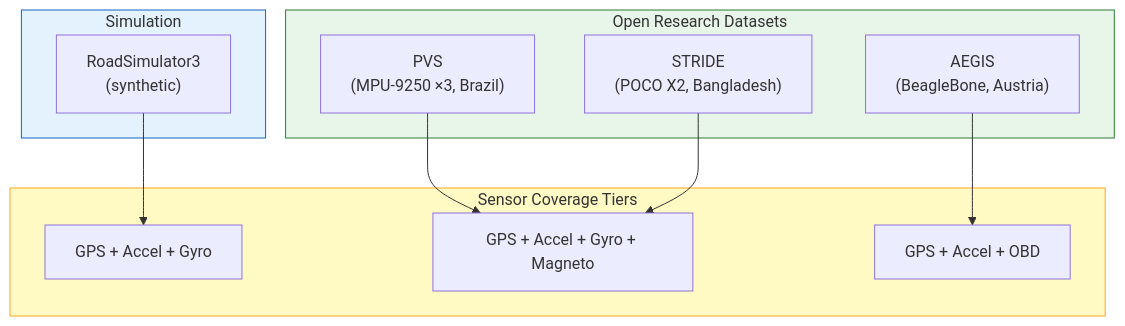
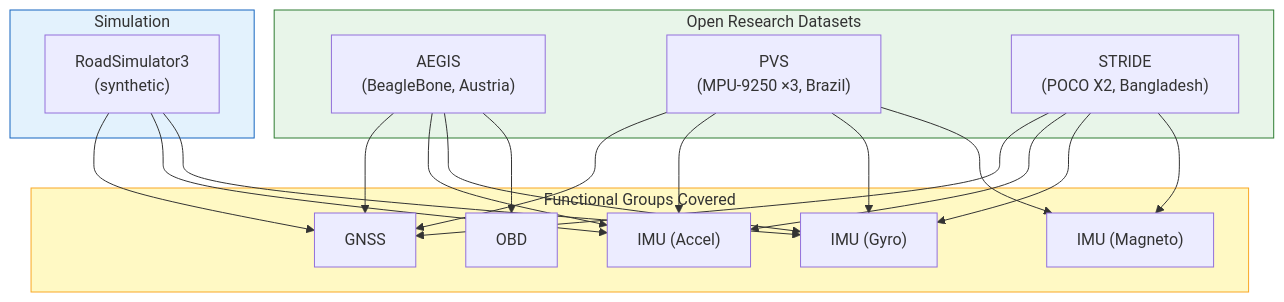
One commit to telemachus3/telemachus changed the eighth of 8 diagrams in spec/SPEC-01-record-format.md. Above: the diagram before and after it, drawn with Mermaid. The commit also changed other lines of this file, not shown here.

Commit message:
SPEC-01: 7 functional groups (GNSS, IMU, OBD, CAN future, I/O, Extra), device_id/trip_id recommended

````diff
--- a/spec/SPEC-01-record-format.md
+++ b/spec/SPEC-01-record-format.md
@@ -350,27 +444,29 @@
 ```mermaid
 graph TD
     subgraph RESEARCH["Open Research Datasets"]
         AEGIS["AEGIS\n(BeagleBone, Austria)"]
         PVS["PVS\n(MPU-9250 ×3, Brazil)"]
         STRIDE["STRIDE\n(POCO X2, Bangladesh)"]
     end
 
     subgraph SIM["Simulation"]
         RS3["RoadSimulator3\n(synthetic)"]
     end
 
-    subgraph TIERS["Sensor Coverage Tiers"]
-        T2["GPS + Accel + Gyro"]
-        T3["GPS + Accel + Gyro + Magneto"]
-        T4["GPS + Accel + OBD"]
+    subgraph GROUPS["Functional Groups Covered"]
+        G_GPS["GNSS"]
+        G_IMU["IMU (Accel)"]
+        G_GYRO["IMU (Gyro)"]
+        G_MAG["IMU (Magneto)"]
+        G_OBD["OBD"]
     end
 
-    AEGIS --> T4
-    PVS --> T3
-    STRIDE --> T3
-    RS3 --> T2
+    AEGIS --> G_GPS & G_IMU & G_GYRO & G_OBD
+    PVS --> G_GPS & G_IMU & G_GYRO & G_MAG
+    STRIDE --> G_GPS & G_IMU & G_GYRO & G_MAG
+    RS3 --> G_GPS & G_IMU & G_GYRO
 
     style RESEARCH fill:#e8f5e9,stroke:#2e7d32
     style SIM fill:#e3f2fd,stroke:#1565c0
-    style TIERS fill:#fff9c4,stroke:#f9a825
+    style GROUPS fill:#fff9c4,stroke:#f9a825
 ```
````
